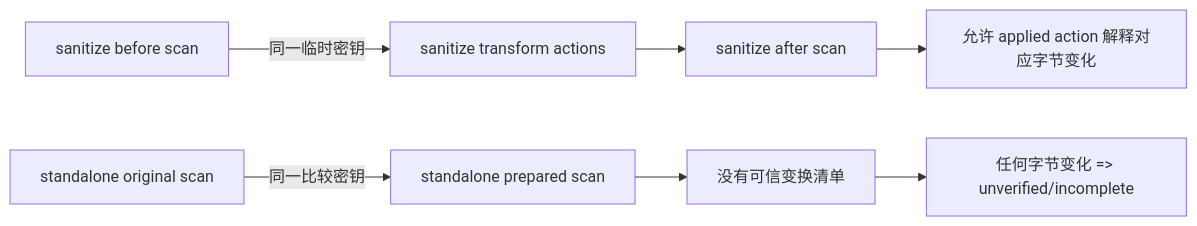
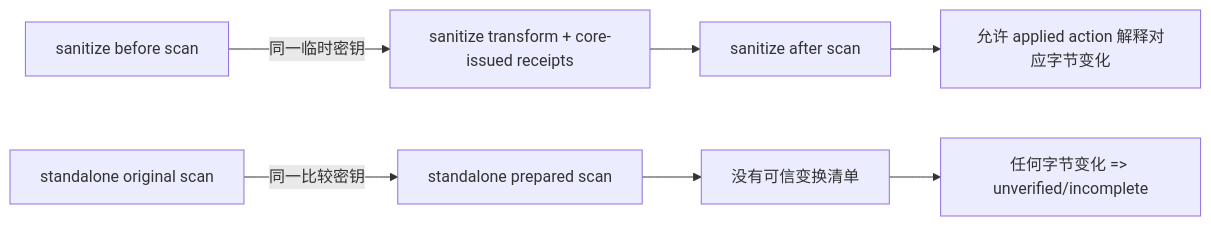
Before and after one commit to motanwenzhu/sharesafe: the seventh of 17 diagrams in docs/design-and-workflows.zh-CN.md, drawn with Mermaid. The commit also changed other lines of this file and 66 other files, not shown here.

````diff
--- a/docs/design-and-workflows.zh-CN.md
+++ b/docs/design-and-workflows.zh-CN.md
@@ -577,10 +619,10 @@
 ```mermaid
 flowchart LR
-    A[sanitize before scan] -->|同一临时密钥| B[sanitize transform actions]
+    A[sanitize before scan] -->|同一临时密钥| B[sanitize transform + core-issued receipts]
     B --> C[sanitize after scan]
     C --> D[允许 applied action 解释对应字节变化]
 
     E[standalone original scan] -->|同一比较密钥| F[standalone prepared scan]
     F --> G[没有可信变换清单]
     G --> H[任何字节变化 => unverified/incomplete]
 ```
````
